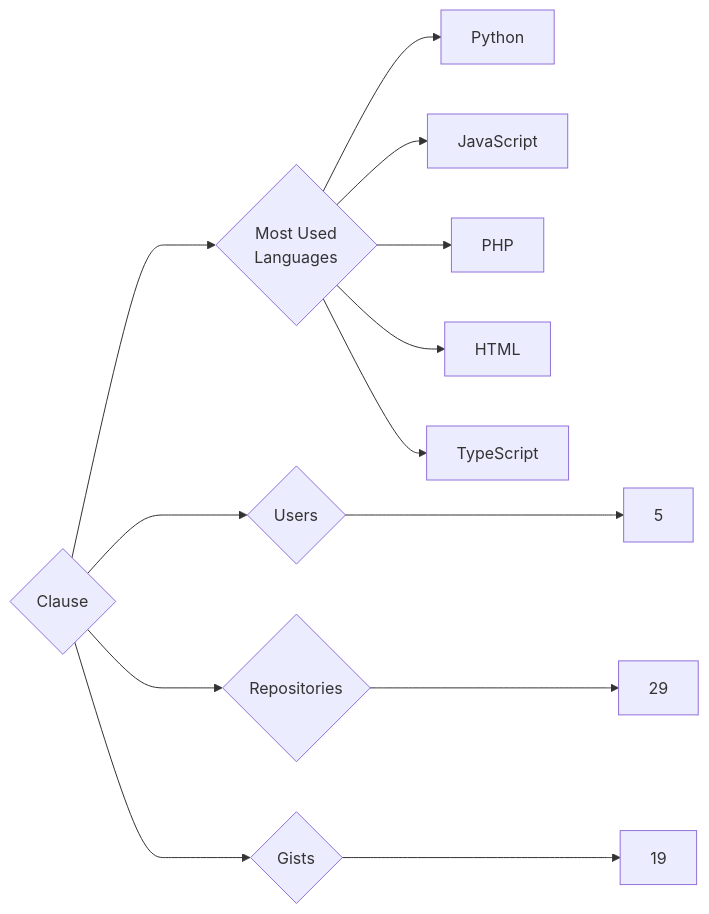
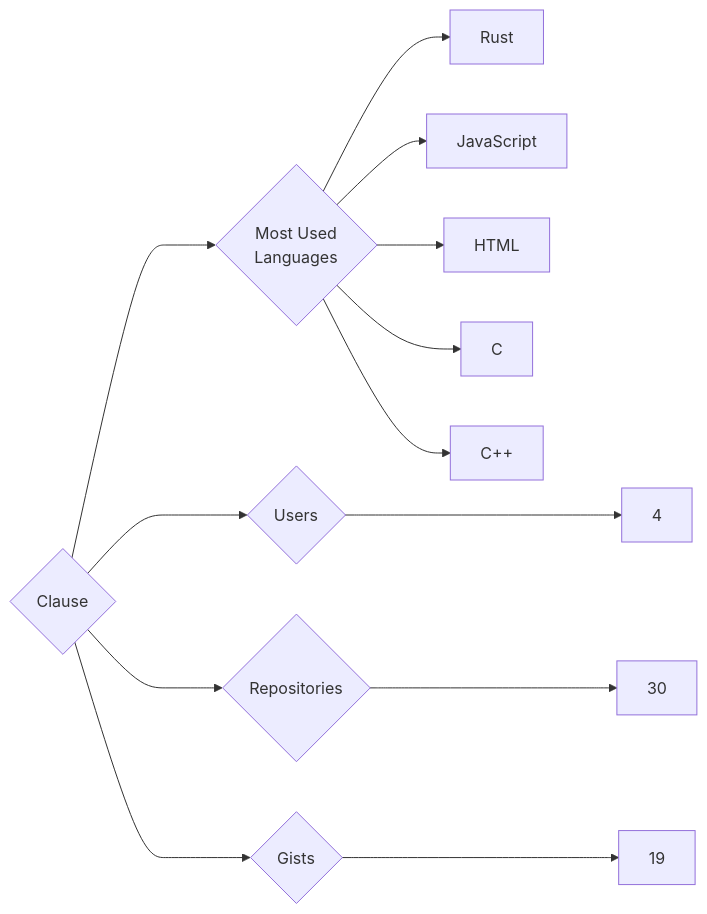
Before and after one commit to trickest/insiders: the diagram in targets/Clause/README.md, drawn with Mermaid. The commit also changed 934 other files, not shown here.

````diff
--- a/targets/Clause/README.md
+++ b/targets/Clause/README.md
@@ -3,13 +3,13 @@
 ```mermaid
 graph LR
 COMPANY_NAME{Clause}
-COMPANY_NAME ---> U{Users} ---> UN[5]
-COMPANY_NAME ---> R{Repositories} ---> RN[29]
+COMPANY_NAME ---> U{Users} ---> UN[4]
+COMPANY_NAME ---> R{Repositories} ---> RN[30]
 COMPANY_NAME ---> G{Gists} ---> GN[19]
 COMPANY_NAME ---> ML{Most Used<br>Languages}
-ML --> Python[Python]
+ML --> Rust[Rust]
 ML --> JavaScript[JavaScript]
-ML --> PHP[PHP]
 ML --> HTML[HTML]
-ML --> TypeScript[TypeScript]
+ML --> C[C]
+ML --> C++[C++]
 ```
````
